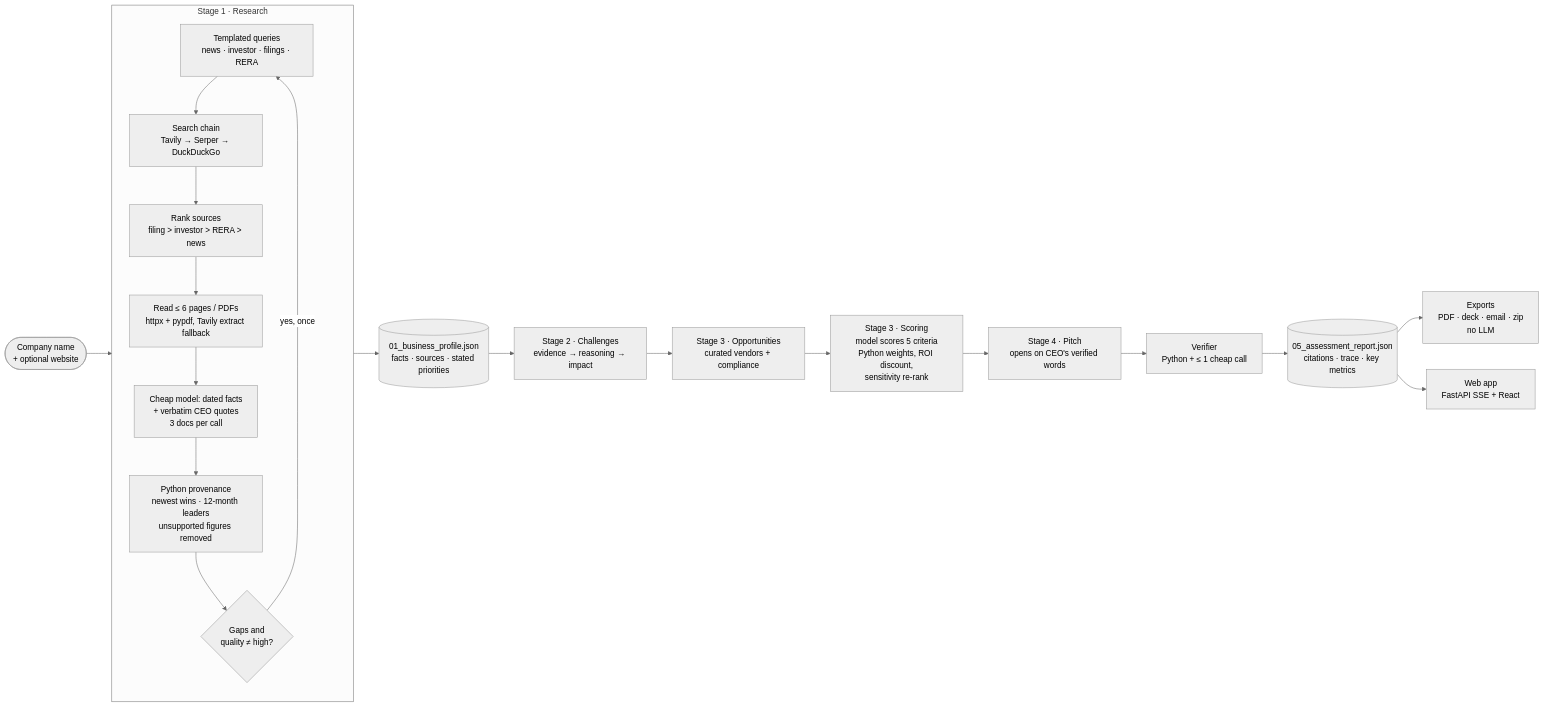
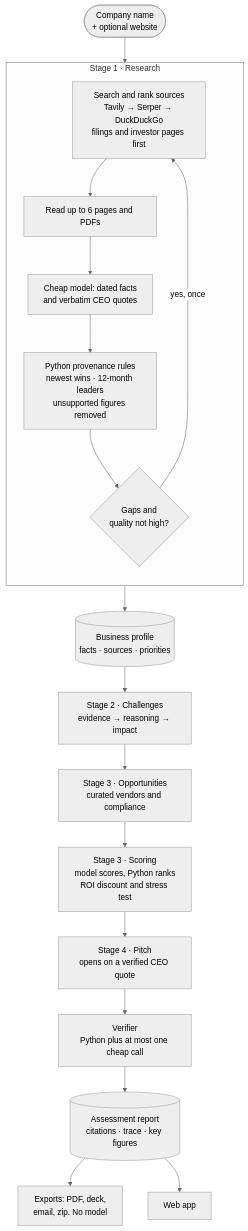
The first of 3 diagrams in docs/APPROACH.md (parththakkar06/ai-opportunity-pipeline), drawn with Mermaid (neutral theme) before and after one commit. The commit also changed other lines of this file and 6 other files, not shown here.

````diff
--- a/docs/APPROACH.md
+++ b/docs/APPROACH.md
@@ -15,25 +15,23 @@
 ```mermaid
-flowchart LR
+flowchart TB
     U([Company name<br/>+ optional website]) --> S1
 
     subgraph S1[Stage 1 · Research]
         direction TB
-        Q[Templated queries<br/>news · investor · filings · RERA] --> SR[Search chain<br/>Tavily → Serper → DuckDuckGo]
-        SR --> RK[Rank sources<br/>filing &gt; investor &gt; RERA &gt; news]
-        RK --> FT[Read ≤ 6 pages / PDFs<br/>httpx + pypdf, Tavily extract fallback]
-        FT --> FX[Cheap model: dated facts<br/>+ verbatim CEO quotes<br/>3 docs per call]
-        FX --> PV[Python provenance<br/>newest wins · 12-month leaders<br/>unsupported figures removed]
-        PV --> GAP{Gaps and<br/>quality ≠ high?}
-        GAP -- yes, once --> Q
+        SR[Search and rank sources<br/>Tavily → Serper → DuckDuckGo<br/>filings and investor pages first] --> FT[Read up to 6 pages and PDFs]
+        FT --> FX[Cheap model: dated facts<br/>and verbatim CEO quotes]
+        FX --> PV[Python provenance rules<br/>newest wins · 12-month leaders<br/>unsupported figures removed]
+        PV --> GAP{Gaps and<br/>quality not high?}
+        GAP -- yes, once --> SR
     end
 
-    S1 --> P1[(01_business_profile.json<br/>facts · sources · stated priorities)]
+    S1 --> P1[(Business profile<br/>facts · sources · priorities)]
     P1 --> S2[Stage 2 · Challenges<br/>evidence → reasoning → impact]
-    S2 --> S3a[Stage 3 · Opportunities<br/>curated vendors + compliance]
-    S3a --> S3b[Stage 3 · Scoring<br/>model scores 5 criteria<br/>Python weights, ROI discount,<br/>sensitivity re-rank]
-    S3b --> S4[Stage 4 · Pitch<br/>opens on CEO's verified words]
-    S4 --> V[Verifier<br/>Python + ≤ 1 cheap call]
-    V --> R[(05_assessment_report.json<br/>citations · trace · key metrics)]
-    R --> X[Exports<br/>PDF · deck · email · zip<br/>no LLM]
-    R --> W[Web app<br/>FastAPI SSE + React]
+    S2 --> S3a[Stage 3 · Opportunities<br/>curated vendors and compliance]
+    S3a --> S3b[Stage 3 · Scoring<br/>model scores, Python ranks<br/>ROI discount and stress test]
+    S3b --> S4[Stage 4 · Pitch<br/>opens on a verified CEO quote]
+    S4 --> V[Verifier<br/>Python plus at most one cheap call]
+    V --> R[(Assessment report<br/>citations · trace · key figures)]
+    R --> X[Exports: PDF, deck,<br/>email, zip. No model]
+    R --> W[Web app]
 ```
````
